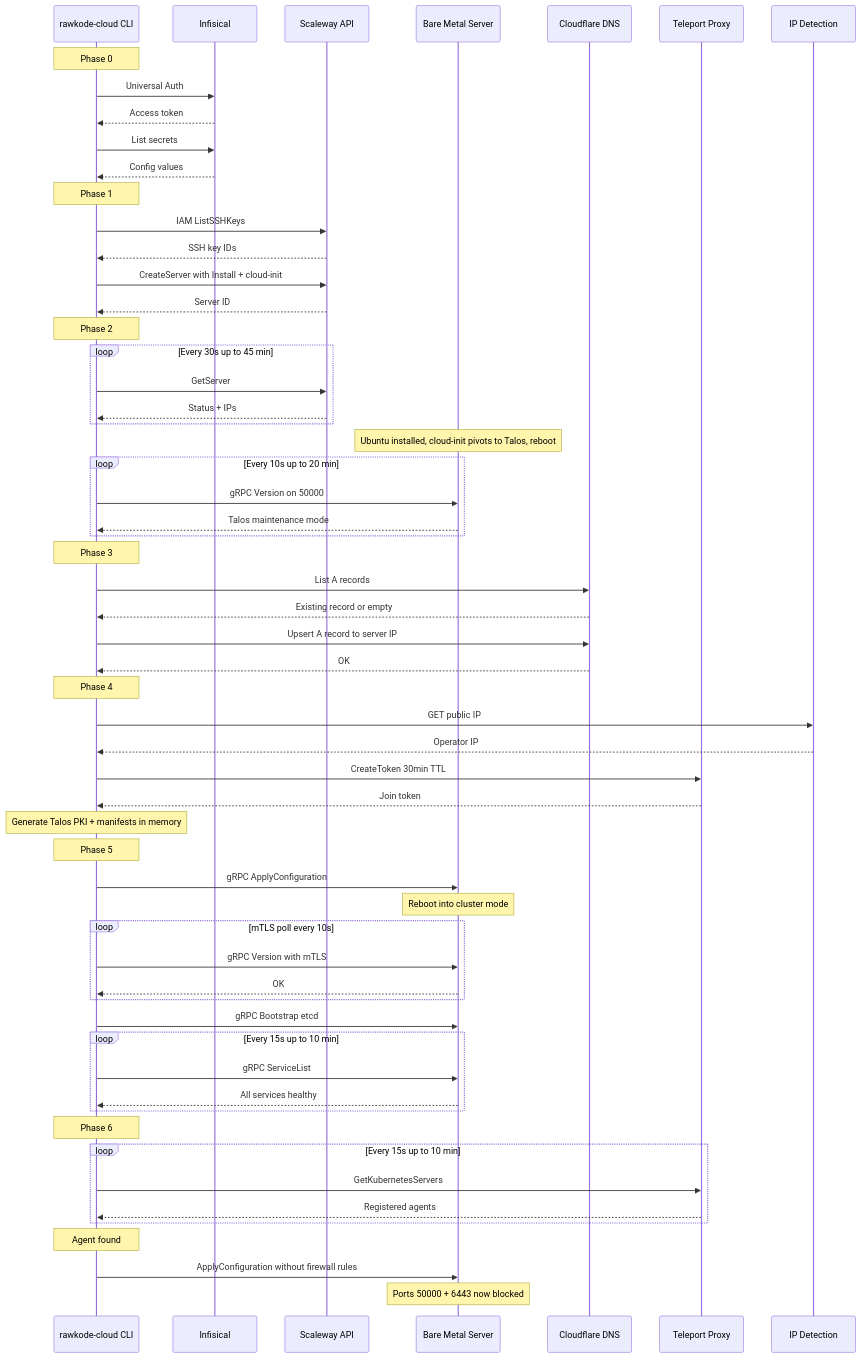
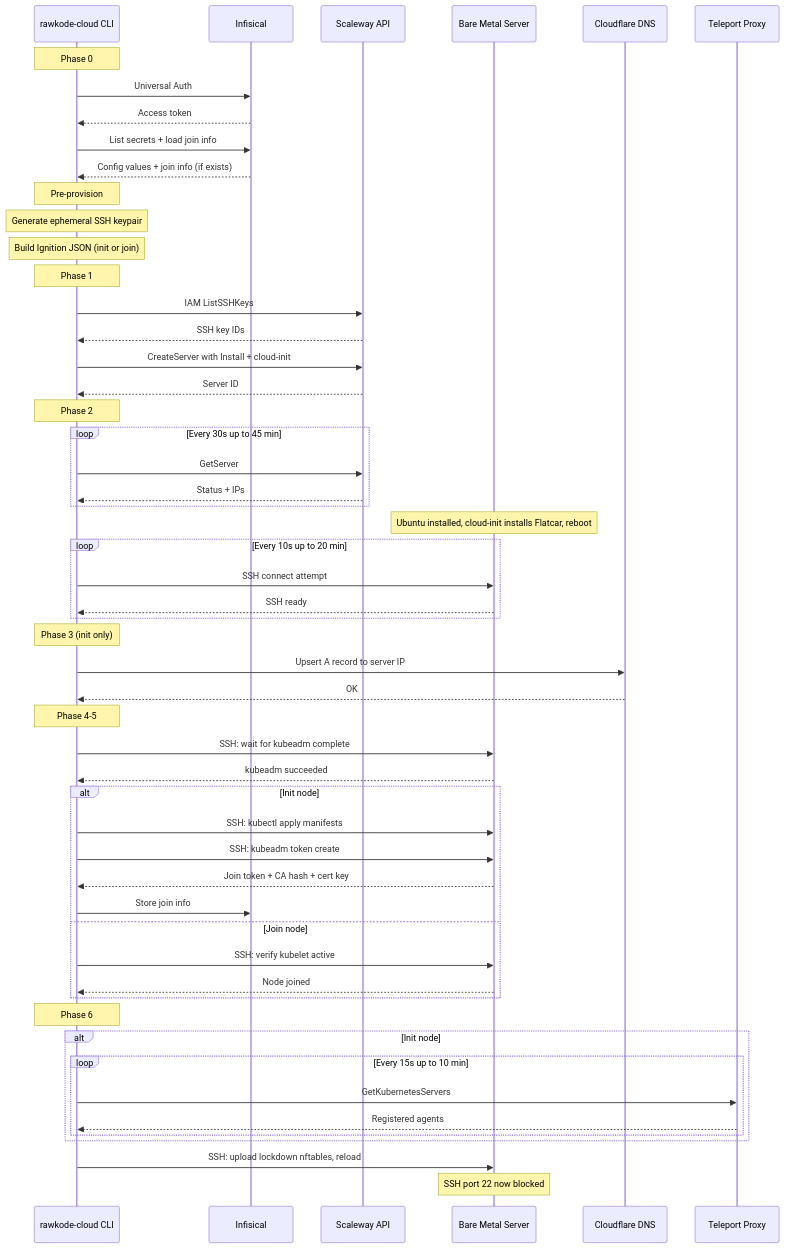
One commit to rawkode-academy/rawkode-academy changed the second of 3 diagrams in projects/rawkode.cloud/README.md. Above: the diagram before and after it, drawn with Mermaid. The commit also changed other lines of this file and 29 other files, not shown here.

Commit message:
feat(rawkode.cloud): pivot to flatcar linux

````diff
--- a/projects/rawkode.cloud/README.md
+++ b/projects/rawkode.cloud/README.md
@@ -171,68 +200,64 @@
 ```mermaid
 sequenceDiagram
     participant CLI as rawkode-cloud CLI
     participant Inf as Infisical
     participant SCW as Scaleway API
     participant Server as Bare Metal Server
     participant CF as Cloudflare DNS
     participant TP as Teleport Proxy
-    participant IPS as IP Detection
 
     Note over CLI: Phase 0
     CLI->>Inf: Universal Auth
     Inf-->>CLI: Access token
-    CLI->>Inf: List secrets
-    Inf-->>CLI: Config values
+    CLI->>Inf: List secrets + load join info
+    Inf-->>CLI: Config values + join info (if exists)
+
+    Note over CLI: Pre-provision
+    Note over CLI: Generate ephemeral SSH keypair
+    Note over CLI: Build Ignition JSON (init or join)
 
     Note over CLI: Phase 1
     CLI->>SCW: IAM ListSSHKeys
     SCW-->>CLI: SSH key IDs
     CLI->>SCW: CreateServer with Install + cloud-init
     SCW-->>CLI: Server ID
 
     Note over CLI: Phase 2
     loop Every 30s up to 45 min
         CLI->>SCW: GetServer
         SCW-->>CLI: Status + IPs
     end
-    Note over Server: Ubuntu installed, cloud-init pivots to Talos, reboot
+    Note over Server: Ubuntu installed, cloud-init installs Flatcar, reboot
     loop Every 10s up to 20 min
-        CLI->>Server: gRPC Version on 50000
-        Server-->>CLI: Talos maintenance mode
+        CLI->>Server: SSH connect attempt
+        Server-->>CLI: SSH ready
     end
 
-    Note over CLI: Phase 3
-    CLI->>CF: List A records
-    CF-->>CLI: Existing record or empty
+    Note over CLI: Phase 3 (init only)
     CLI->>CF: Upsert A record to server IP
     CF-->>CLI: OK
 
-    Note over CLI: Phase 4
-    CLI->>IPS: GET public IP
-    IPS-->>CLI: Operator IP
-    CLI->>TP: CreateToken 30min TTL
-    TP-->>CLI: Join token
-    Note over CLI: Generate Talos PKI + manifests in memory
+    Note over CLI: Phase 4-5
+    CLI->>Server: SSH: wait for kubeadm complete
+    Server-->>CLI: kubeadm succeeded
 
-    Note over CLI: Phase 5
-    CLI->>Server: gRPC ApplyConfiguration
-    Note over Server: Reboot into cluster mode
-    loop mTLS poll every 10s
-        CLI->>Server: gRPC Version with mTLS
-        Server-->>CLI: OK
-    end
-    CLI->>Server: gRPC Bootstrap etcd
-    loop Every 15s up to 10 min
-        CLI->>Server: gRPC ServiceList
-        Server-->>CLI: All services healthy
+    alt Init node
+        CLI->>Server: SSH: kubectl apply manifests
+        CLI->>Server: SSH: kubeadm token create
+        Server-->>CLI: Join token + CA hash + cert key
+        CLI->>Inf: Store join info
+    else Join node
+        CLI->>Server: SSH: verify kubelet active
+        Server-->>CLI: Node joined
     end
 
     Note over CLI: Phase 6
-    loop Every 15s up to 10 min
-        CLI->>TP: GetKubernetesServers
-        TP-->>CLI: Registered agents
+    alt Init node
+        loop Every 15s up to 10 min
+            CLI->>TP: GetKubernetesServers
+            TP-->>CLI: Registered agents
+        end
     end
-    Note over CLI: Agent found
-    CLI->>Server: ApplyConfiguration without firewall rules
-    Note over Server: Ports 50000 + 6443 now blocked
+    CLI->>Server: SSH: upload lockdown nftables, reload
+    Note over Server: SSH port 22 now blocked
 ```
````
